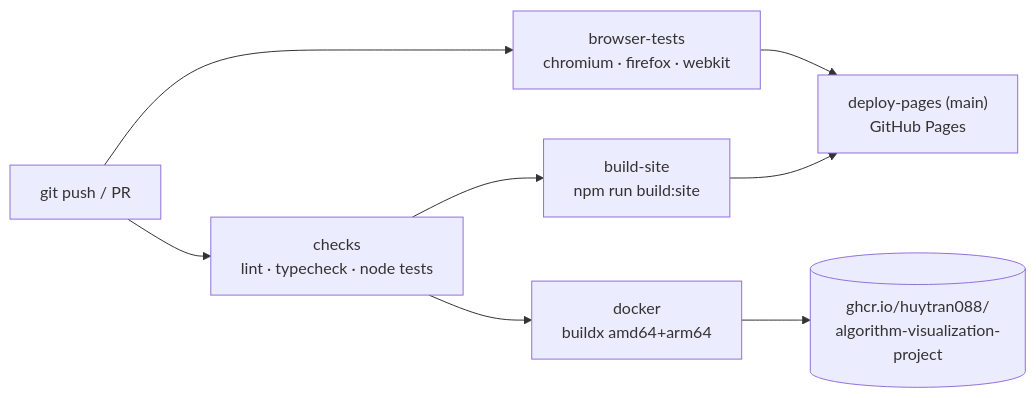
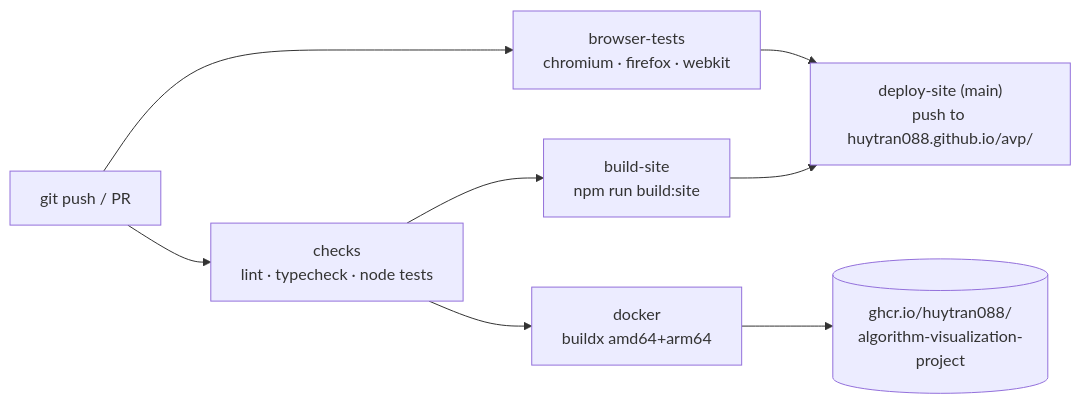
One commit to huytran088/algorithm-visualization-project changed the third of 3 diagrams in docs/ARCHITECTURE.md. Above: the diagram before and after it, drawn with Mermaid. The commit also changed other lines of this file and 4 other files, not shown here.

First line of the commit message:
Serve the app at huytran088.github.io/avp

````diff
--- a/docs/ARCHITECTURE.md
+++ b/docs/ARCHITECTURE.md
@@ -187,10 +187,10 @@
 ```mermaid
 flowchart LR
   Push["git push / PR"] --> Checks["checks<br/>lint · typecheck · node tests"]
   Push --> BT["browser-tests<br/>chromium · firefox · webkit"]
   Checks --> Site["build-site<br/>npm run build:site"]
   Checks --> Docker["docker<br/>buildx amd64+arm64"]
-  Site --> Pages["deploy-pages (main)<br/>GitHub Pages"]
+  Site --> Pages["deploy-site (main)<br/>push to huytran088.github.io/avp/"]
   BT --> Pages
   Docker --> GHCR[("ghcr.io/huytran088/<br/>algorithm-visualization-project")]
 ```
````
